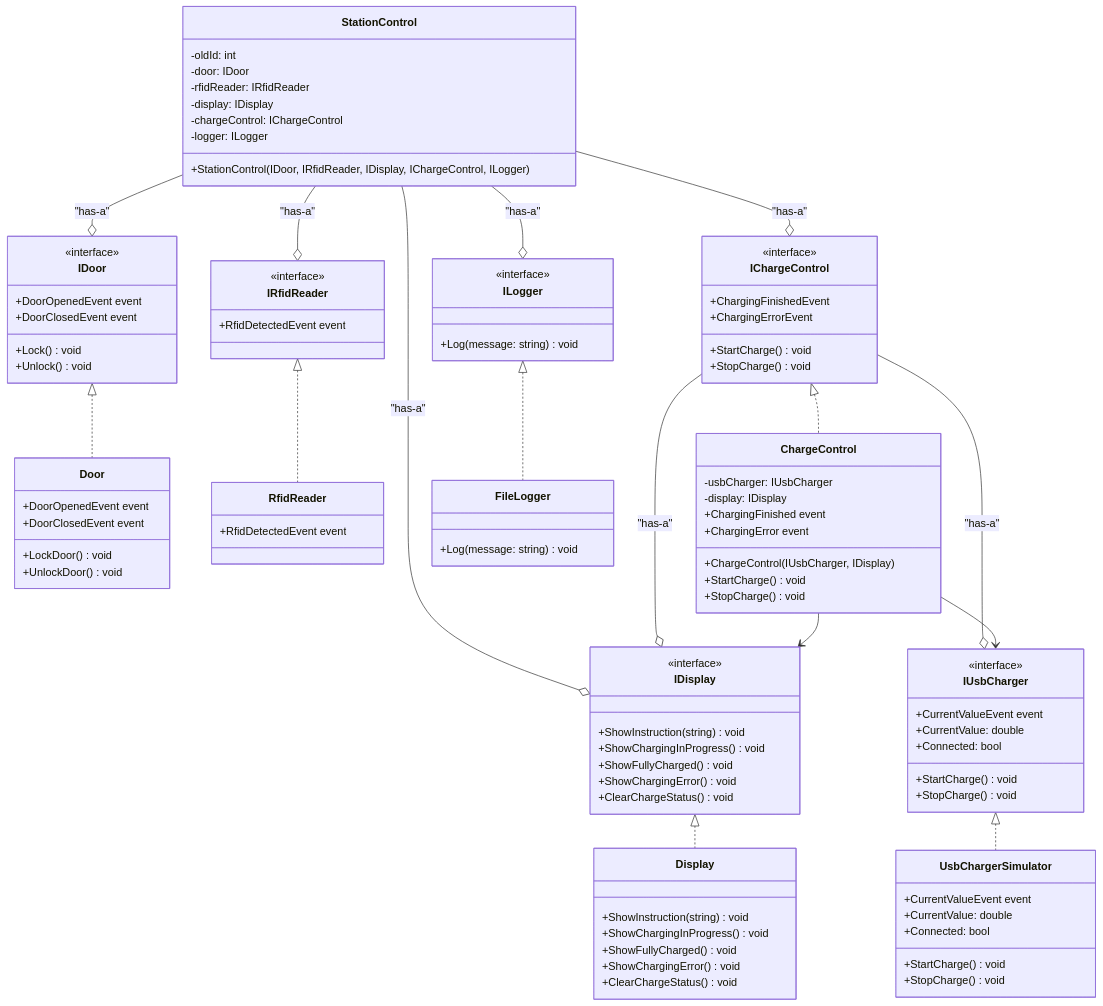
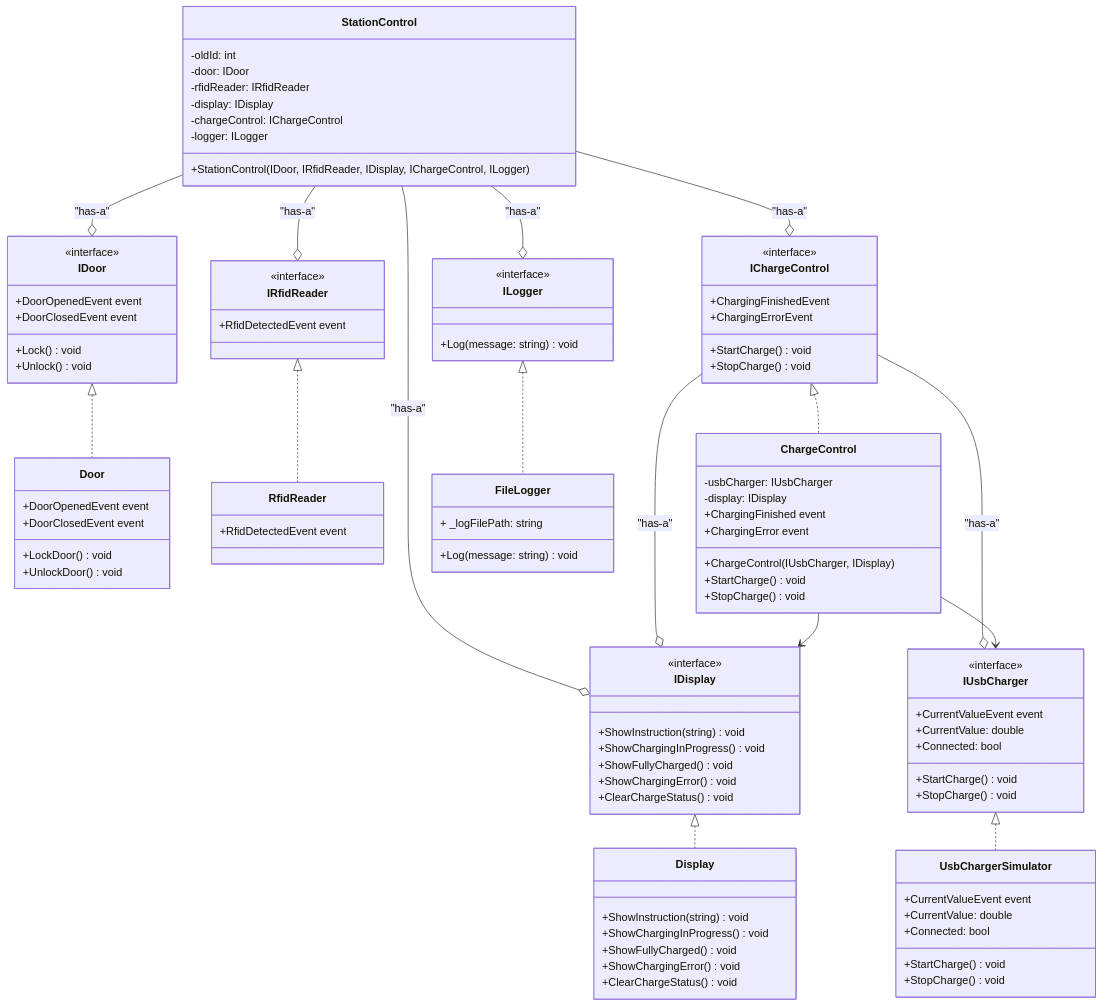
Before and after one commit to Thyge1232/LadeskabApp: the first of 2 diagrams in Docs/README.md, drawn with Mermaid. The commit also changed 1 other file, not shown here.

Commit message:
Add log file path to FileLogger and enhance logging in StationControl

```diff
--- a/Docs/README.md
+++ b/Docs/README.md
@@ -105,6 +105,7 @@
     }
     
     class FileLogger {
+        + _logFilePath: string
         +Log(message: string) void
     }
     
```
